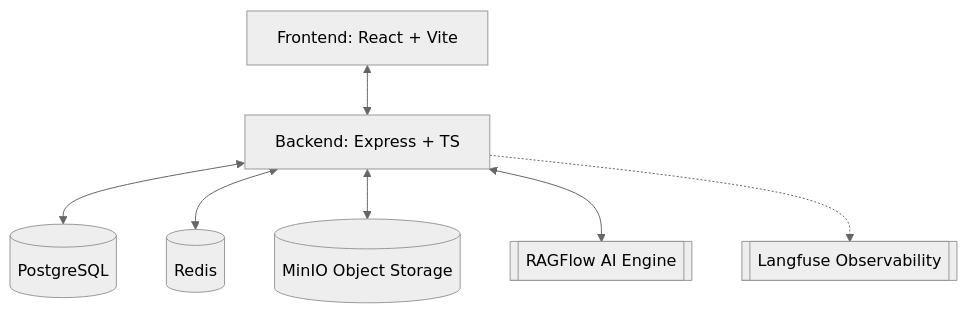
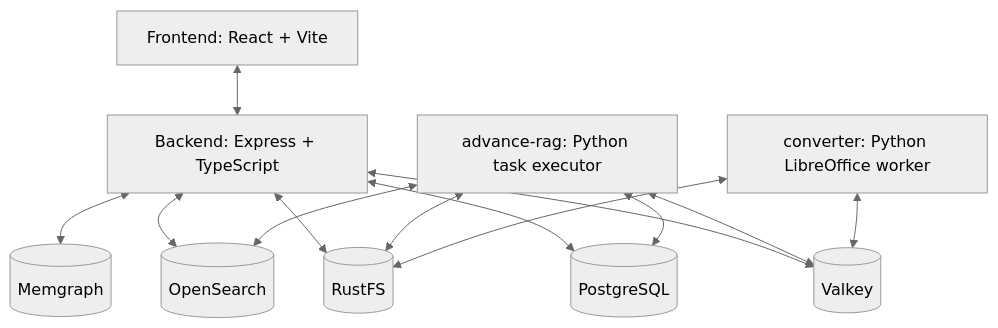
Before and after one commit to b-knowledge-solution/b-knowledge: the diagram in README.md, drawn with Mermaid (neutral theme). The commit also changed other lines of this file and 2252 other files, not shown here.

````diff
--- a/README.md
+++ b/README.md
@@ -24,17 +16,25 @@
 ```mermaid
 graph TD
-    Client[Frontend: React + Vite]
-    BE[Backend: Express + TS]
-    DB[(PostgreSQL)]
-    Redis[(Redis)]
-    MinIO[(MinIO Object Storage)]
-    RAGFlow[[RAGFlow AI Engine]]
-    Langfuse[[Langfuse Observability]]
+    FE[Frontend: React + Vite]
+    BE[Backend: Express + TypeScript]
+    RAG[advance-rag: Python task executor]
+    CONV[converter: Python LibreOffice worker]
+    PG[(PostgreSQL)]
+    VK[(Valkey)]
+    OS[(OpenSearch)]
+    S3[(RustFS)]
+    MG[(Memgraph)]
 
-    Client <--> BE
-    BE <--> DB
-    BE <--> Redis
-    BE <--> MinIO
-    BE <--> RAGFlow
-    BE -.-> Langfuse
+    FE <--> BE
+    BE <--> PG
+    BE <--> VK
+    BE <--> OS
+    BE <--> S3
+    BE <--> MG
+    RAG <--> PG
+    RAG <--> VK
+    RAG <--> OS
+    RAG <--> S3
+    CONV <--> VK
+    CONV <--> S3
 ```
````
